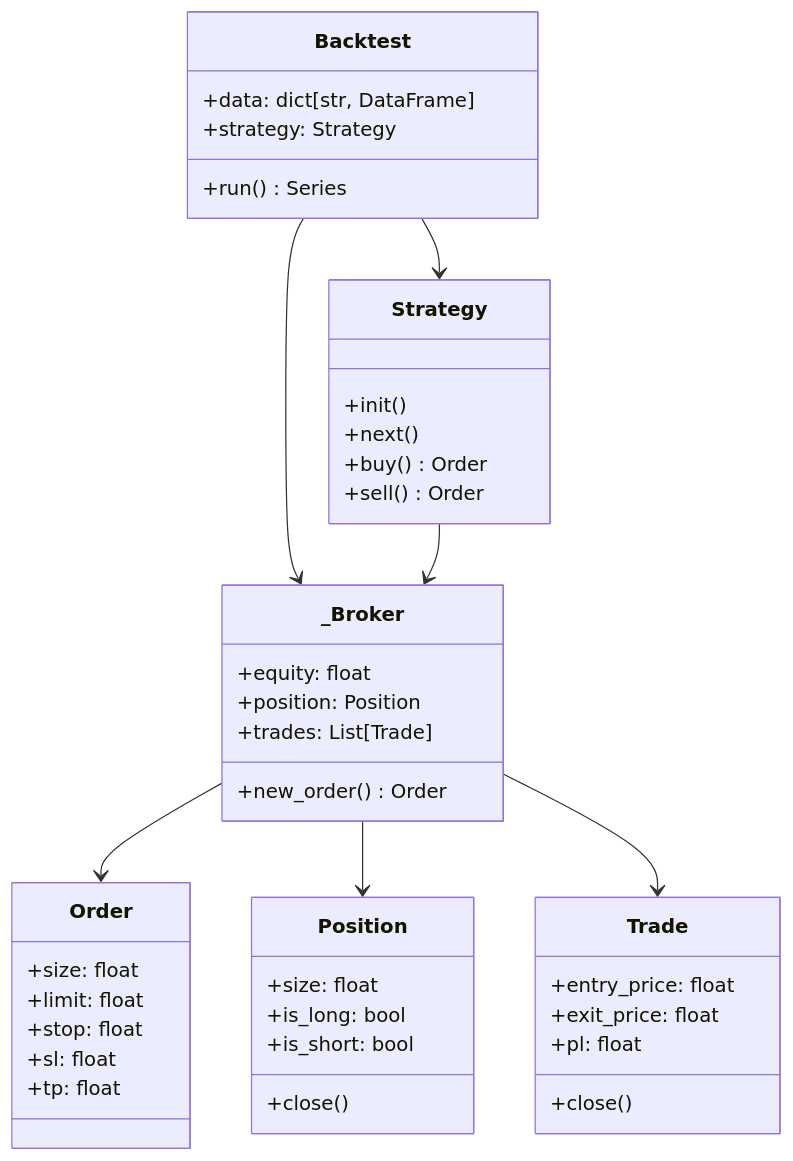
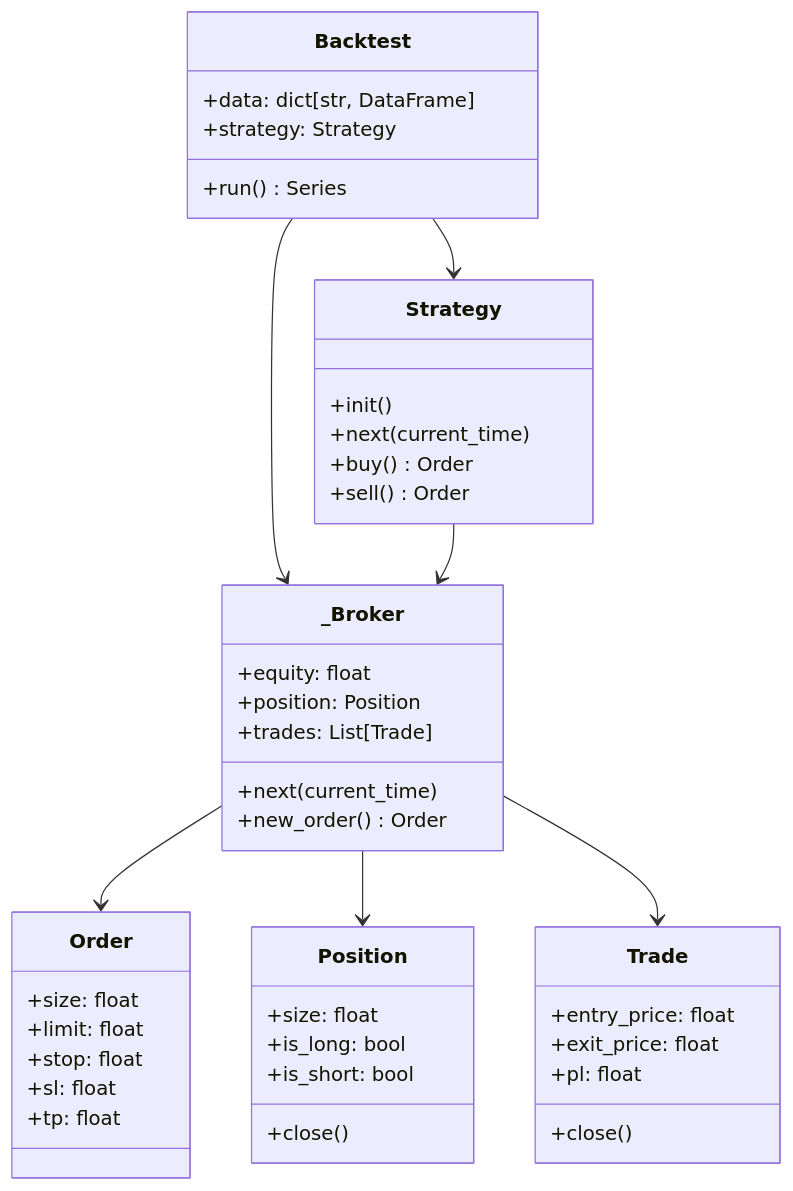
The diagram in docs/developer-guide.md (BackcastPro/BackcastPro), drawn with Mermaid before and after one commit. The commit also changed other lines of this file and 3 other files, not shown here.

````diff
--- a/docs/developer-guide.md
+++ b/docs/developer-guide.md
@@ -131,51 +131,52 @@
 ```mermaid
 classDiagram
     class Backtest {
         +data: dict[str, DataFrame]
         +strategy: Strategy
         +run() Series
     }
     
     class Strategy {
         +init()
-        +next()
+        +next(current_time)
         +buy() Order
         +sell() Order
     }
     
     class _Broker {
         +equity: float
         +position: Position
         +trades: List[Trade]
+        +next(current_time)
         +new_order() Order
     }
     
     class Order {
         +size: float
         +limit: float
         +stop: float
         +sl: float
         +tp: float
     }
     
     class Position {
         +size: float
         +is_long: bool
         +is_short: bool
         +close()
     }
     
     class Trade {
         +entry_price: float
         +exit_price: float
         +pl: float
         +close()
     }
     
     Backtest --> Strategy
     Backtest --> _Broker
     Strategy --> _Broker
     _Broker --> Order
     _Broker --> Position
     _Broker --> Trade
 ```
````
